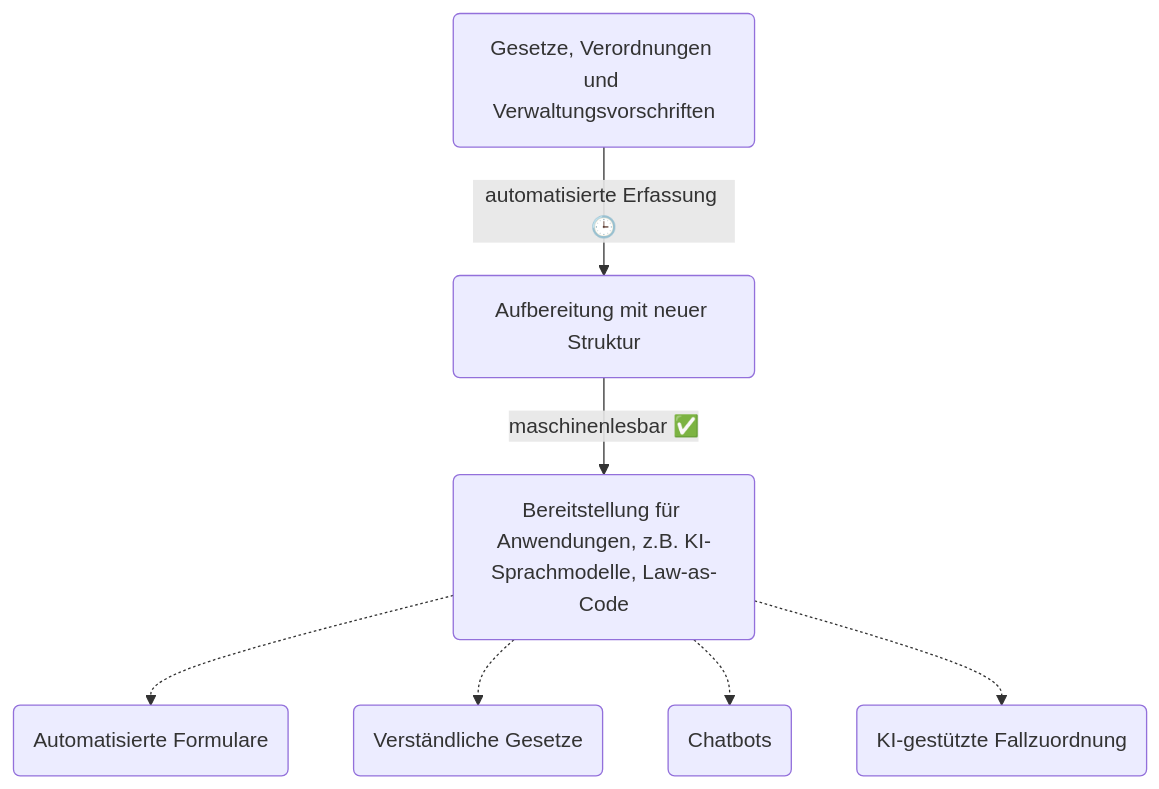
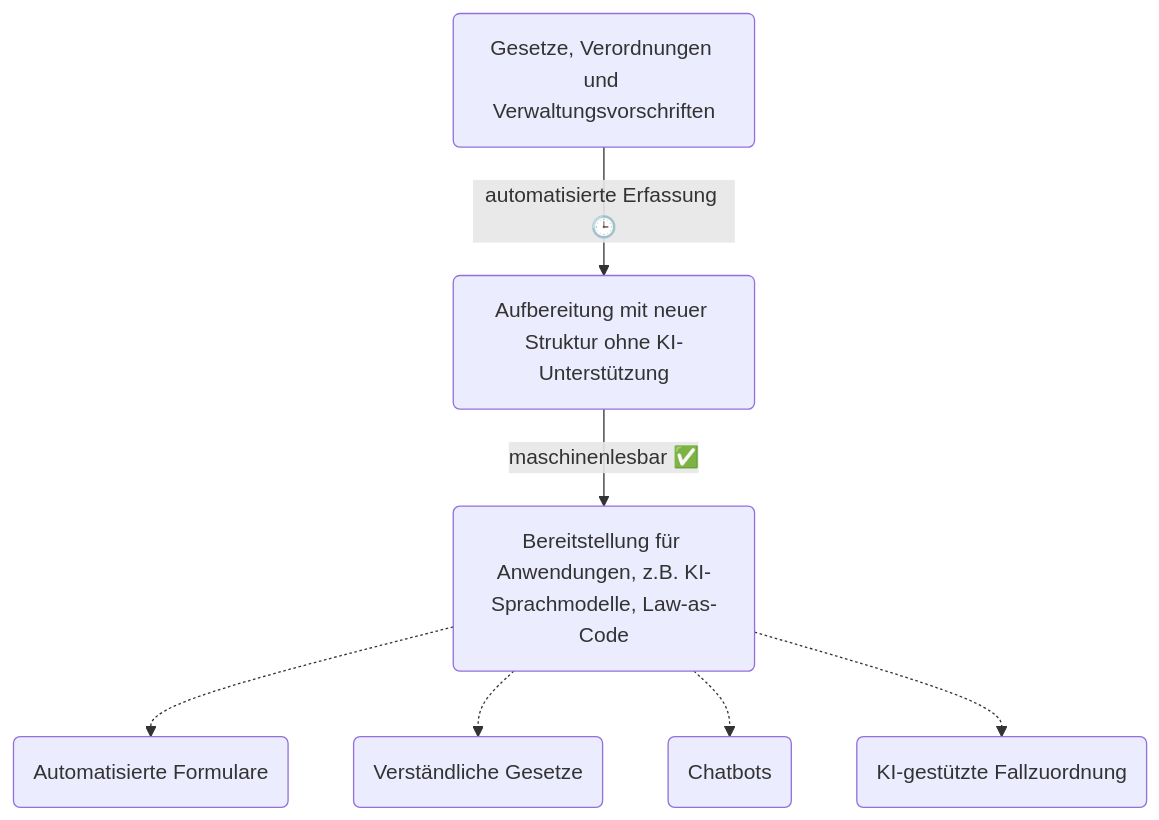
Before and after one commit to stefanmaeder/dotgov: the diagram in slides/02_big-picture.md, drawn with Mermaid.

````diff
--- a/slides/02_big-picture.md
+++ b/slides/02_big-picture.md
@@ -1,9 +1,9 @@
 ```mermaid
 flowchart TD
-    A(Gesetze, Verordnungen und Verwaltungsvorschriften) -->|automatisierte Erfassung 🕒| B(Aufbereitung mit neuer Struktur)
+    A(Gesetze, Verordnungen und Verwaltungsvorschriften) -->|automatisierte Erfassung 🕒| B(Aufbereitung mit neuer Struktur ohne KI-Unterstützung)
     B --> |maschinenlesbar ✅| C(Bereitstellung für Anwendungen, z.B. KI-Sprachmodelle, Law-as-Code)
     C -.-> D(Automatisierte Formulare)
     C -.-> E(Verständliche Gesetze)
     C -.-> F(Chatbots)
     C -.-> G(KI-gestützte Fallzuordnung)
 ```
````
